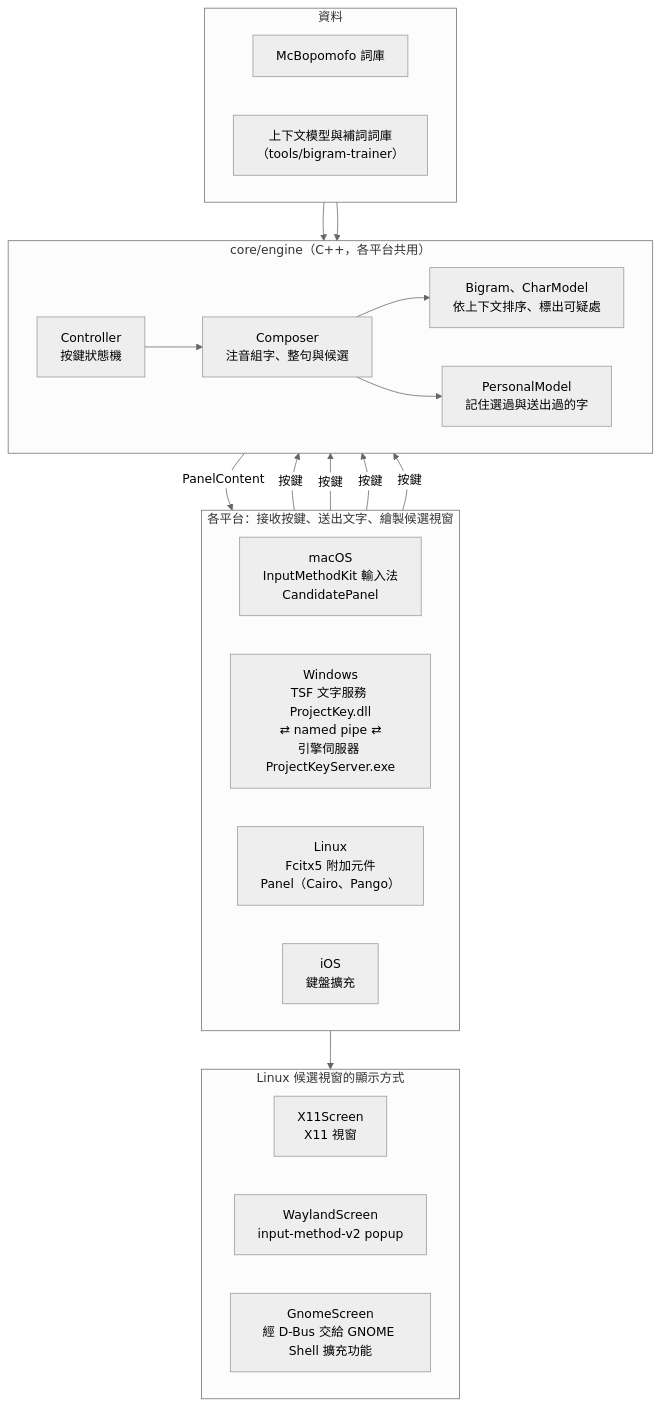
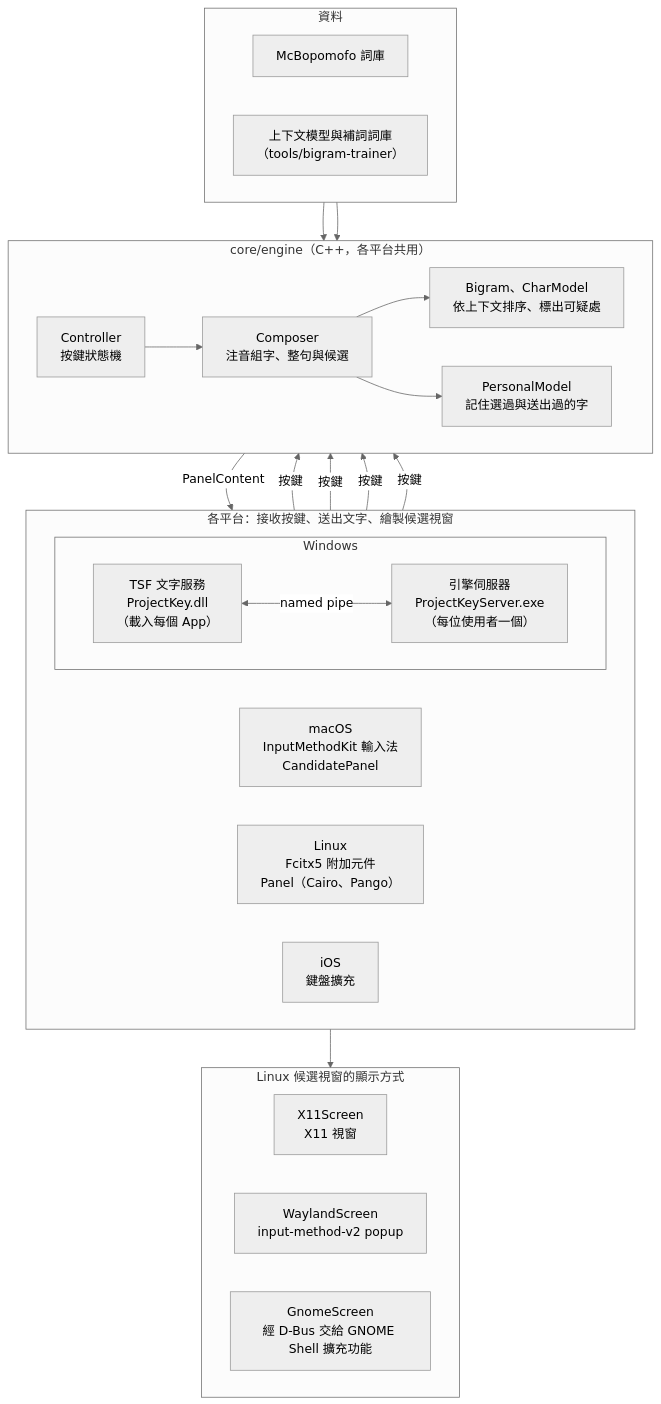
The diagram in README.md (KoukeNeko/Project-Key), drawn with Mermaid (neutral theme) before and after one commit.

Commit message:
docs: show the Windows text service and engine server apart
The diagram drew Windows as one box. It is two processes: the TSF text
service loaded into each app and the per-user engine server, joined by
a named pipe; keys reach the engine through the server.

````diff
--- a/README.md
+++ b/README.md
@@ -73,36 +73,39 @@
 ```mermaid
 flowchart TB
   subgraph platforms["各平台：接收按鍵、送出文字、繪製候選視窗"]
     direction LR
     mac["macOS<br>InputMethodKit 輸入法<br>CandidatePanel"]
-    win["Windows<br>TSF 文字服務 ProjectKey.dll<br>⇄ named pipe ⇄<br>引擎伺服器 ProjectKeyServer.exe"]
+    subgraph win["Windows"]
+      direction LR
+      tsf["TSF 文字服務<br>ProjectKey.dll<br>（載入每個 App）"] <-- "named pipe" --> server["引擎伺服器<br>ProjectKeyServer.exe<br>（每位使用者一個）"]
+    end
     linux["Linux<br>Fcitx5 附加元件<br>Panel（Cairo、Pango）"]
     ios["iOS<br>鍵盤擴充"]
   end
 
   subgraph core["core/engine（C++，各平台共用）"]
     direction LR
     controller["Controller<br>按鍵狀態機"] --> composer["Composer<br>注音組字、整句與候選"]
     composer --> ranking["Bigram、CharModel<br>依上下文排序、標出可疑處"]
     composer --> personal["PersonalModel<br>記住選過與送出過的字"]
   end
 
   subgraph data["資料"]
     direction LR
     mcb["McBopomofo 詞庫"]
     models["上下文模型與補詞詞庫<br>（tools/bigram-trainer）"]
   end
 
-  mac & win & linux & ios -- "按鍵" --> controller
+  mac & server & linux & ios -- "按鍵" --> controller
   controller -- "PanelContent" --> platforms
   mcb --> composer
   models --> ranking
 
   subgraph screens["Linux 候選視窗的顯示方式"]
     direction LR
     x11["X11Screen<br>X11 視窗"]
     wayland["WaylandScreen<br>input-method-v2 popup"]
     gnome["GnomeScreen<br>經 D-Bus 交給 GNOME Shell 擴充功能"]
   end
   linux --> screens
 ```
````
